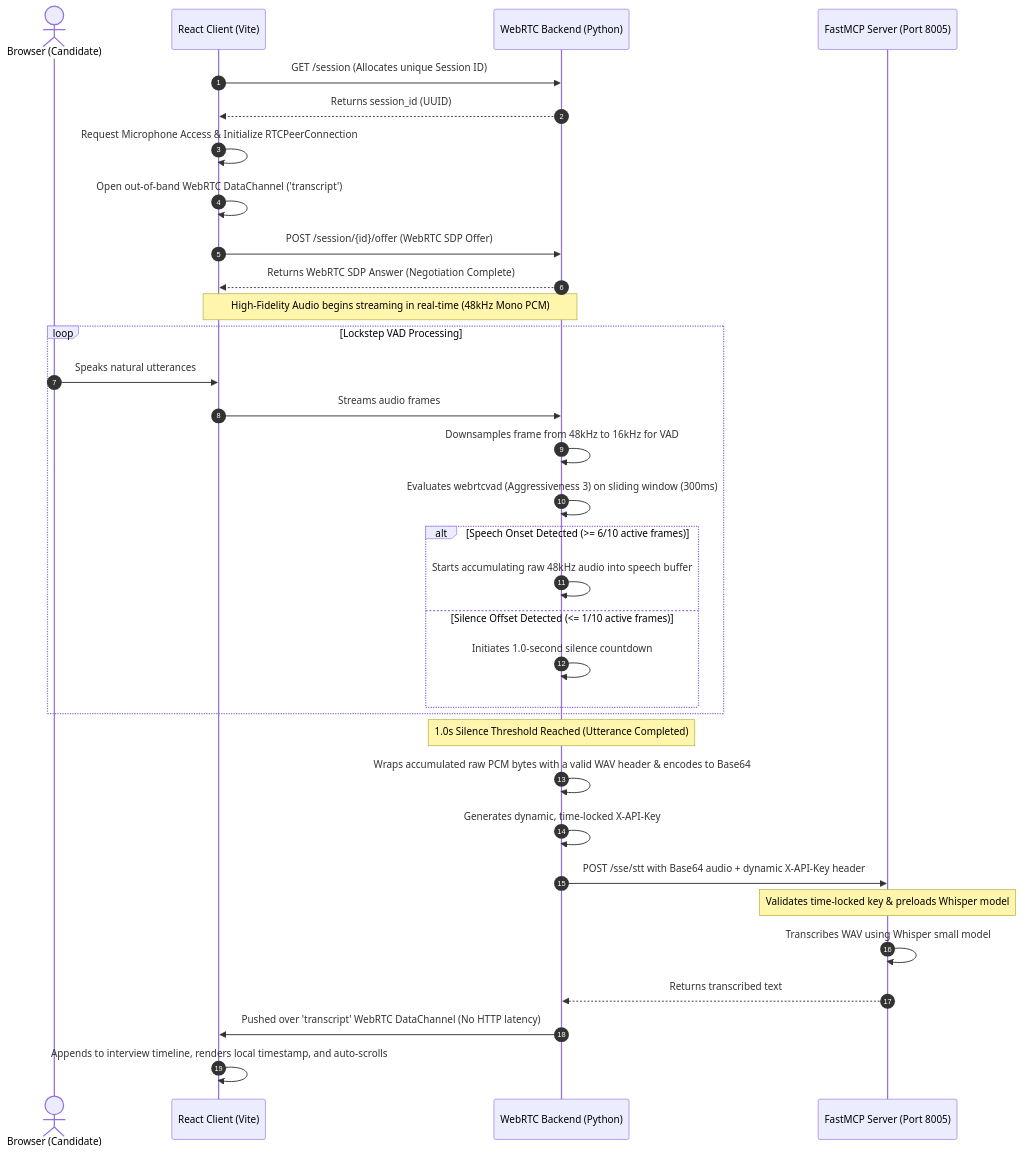
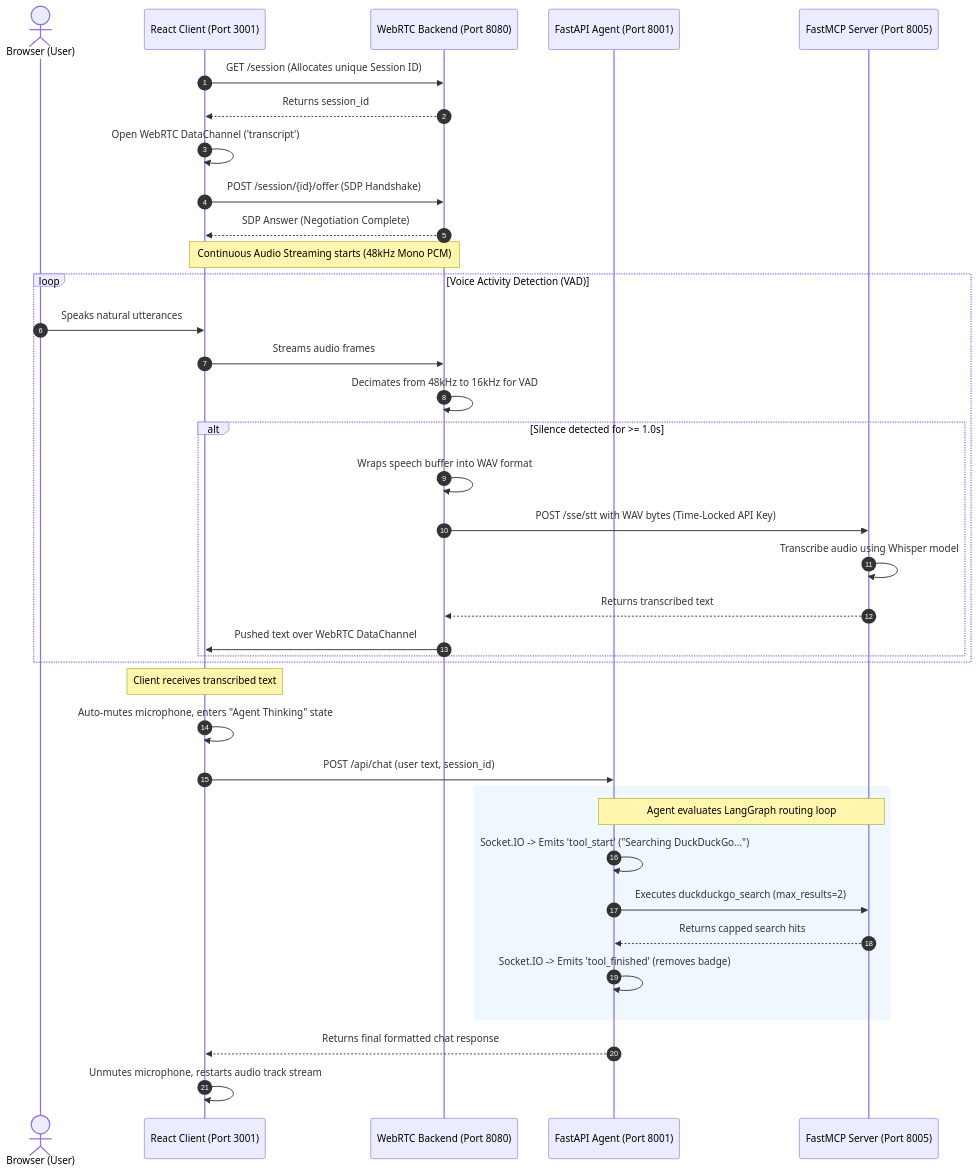
One commit to zkzkGamal/AI-RTC-Agent changed the diagram in README.md. Above: the diagram before and after it, drawn with Mermaid. The commit also changed other lines of this file and 17 other files, not shown here.

Commit message:
Fix Start script agent and update all readme packages

````diff
--- a/README.md
+++ b/README.md
@@ -43,39 +55,45 @@
 ```mermaid
 sequenceDiagram
     autonumber
-    actor Candidate as Browser (Candidate)
-    participant Client as React Client (Vite)
-    participant Server as WebRTC Backend (Python)
+    actor User as Browser (User)
+    participant Client as React Client (Port 3001)
+    participant Server as WebRTC Backend (Port 8080)
+    participant Agent as FastAPI Agent (Port 8001)
     participant MCP as FastMCP Server (Port 8005)
 
     Client->>Server: GET /session (Allocates unique Session ID)
-    Server-->>Client: Returns session_id (UUID)
-    Client->>Client: Request Microphone Access & Initialize RTCPeerConnection
-    Client->>Client: Open out-of-band WebRTC DataChannel ('transcript')
-    Client->>Server: POST /session/{id}/offer (WebRTC SDP Offer)
-    Server-->>Client: Returns WebRTC SDP Answer (Negotiation Complete)
+    Server-->>Client: Returns session_id
+    Client->>Client: Open WebRTC DataChannel ('transcript')
+    Client->>Server: POST /session/{id}/offer (SDP Handshake)
+    Server-->>Client: SDP Answer (Negotiation Complete)
     
-    Note over Client,Server: High-Fidelity Audio begins streaming in real-time (48kHz Mono PCM)
+    Note over Client,Server: Continuous Audio Streaming starts (48kHz Mono PCM)
 
-    loop Lockstep VAD Processing
-        Candidate->>Client: Speaks natural utterances
+    loop Voice Activity Detection (VAD)
+        User->>Client: Speaks natural utterances
         Client->>Server: Streams audio frames
-        Server->>Server: Downsamples frame from 48kHz to 16kHz for VAD
-        Server->>Server: Evaluates webrtcvad (Aggressiveness 3) on sliding window (300ms)
-        alt Speech Onset Detected (>= 6/10 active frames)
-            Server->>Server: Starts accumulating raw 48kHz audio into speech buffer
-        else Silence Offset Detected (<= 1/10 active frames)
-            Server->>Server: Initiates 1.0-second silence countdown
+        Server->>Server: Decimates from 48kHz to 16kHz for VAD
+        alt Silence detected for >= 1.0s
+            Server->>Server: Wraps speech buffer into WAV format
+            Server->>MCP: POST /sse/stt with WAV bytes (Time-Locked API Key)
+            MCP->>MCP: Transcribe audio using Whisper model
+            MCP-->>Server: Returns transcribed text
+            Server->>Client: Pushed text over WebRTC DataChannel
         end
     end
 
-    Note over Server: 1.0s Silence Threshold Reached (Utterance Completed)
-    Server->>Server: Wraps accumulated raw PCM bytes with a valid WAV header & encodes to Base64
-    Server->>Server: Generates dynamic, time-locked X-API-Key
-    Server->>MCP: POST /sse/stt with Base64 audio + dynamic X-API-Key header
-    Note over MCP: Validates time-locked key & preloads Whisper model
-    MCP->>MCP: Transcribes WAV using Whisper small model
-    MCP-->>Server: Returns transcribed text
-    Server->>Client: Pushed over 'transcript' WebRTC DataChannel (No HTTP latency)
-    Client->>Client: Appends to interview timeline, renders local timestamp, and auto-scrolls
+    Note over Client: Client receives transcribed text
+    Client->>Client: Auto-mutes microphone, enters "Agent Thinking" state
+    Client->>Agent: POST /api/chat (user text, session_id)
+    
+    rect rgb(240, 248, 255)
+        Note over Agent,MCP: Agent evaluates LangGraph routing loop
+        Agent->>Agent: Socket.IO -> Emits 'tool_start' ("Searching DuckDuckGo...")
+        Agent->>MCP: Executes duckduckgo_search (max_results=2)
+        MCP-->>Agent: Returns capped search hits
+        Agent->>Agent: Socket.IO -> Emits 'tool_finished' (removes badge)
+    end
+
+    Agent-->>Client: Returns final formatted chat response
+    Client->>Client: Unmutes microphone, restarts audio track stream
 ```
````
